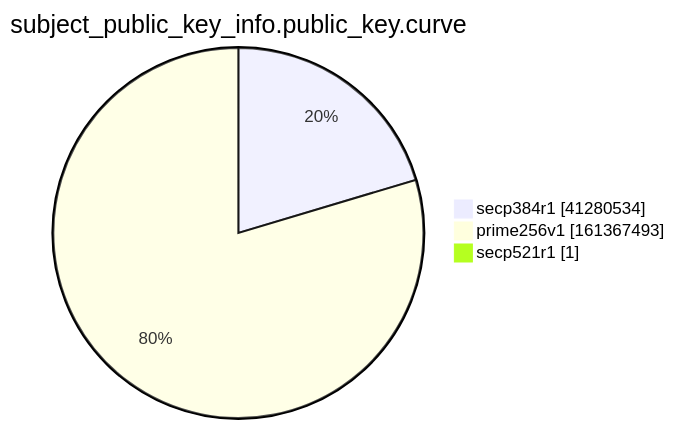
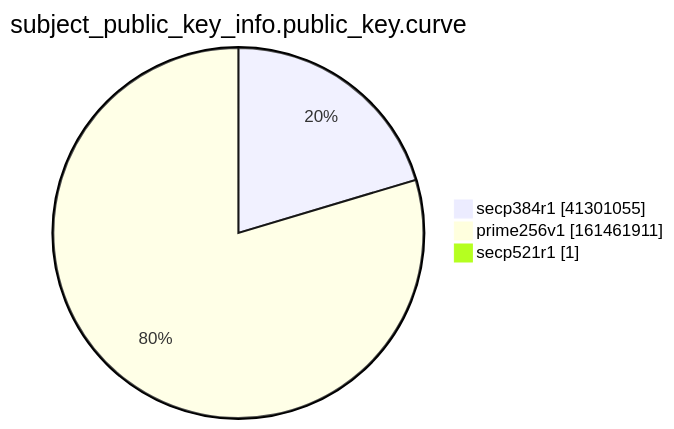
The ninth of 15 diagrams in xenon2022/README.md (christiankrug/ctmonitor_visualization), drawn with Mermaid before and after one commit. The commit also changed other lines of this file, not shown here.

````diff
--- a/xenon2022/README.md
+++ b/xenon2022/README.md
@@ -2868,7 +2868,7 @@
 ```mermaid
 pie showData
 title subject_public_key_info.public_key.curve
-"secp384r1" :41280534
-"prime256v1" :161367493
+"secp384r1" :41301055
+"prime256v1" :161461911
 "secp521r1" :1
 ```
````
